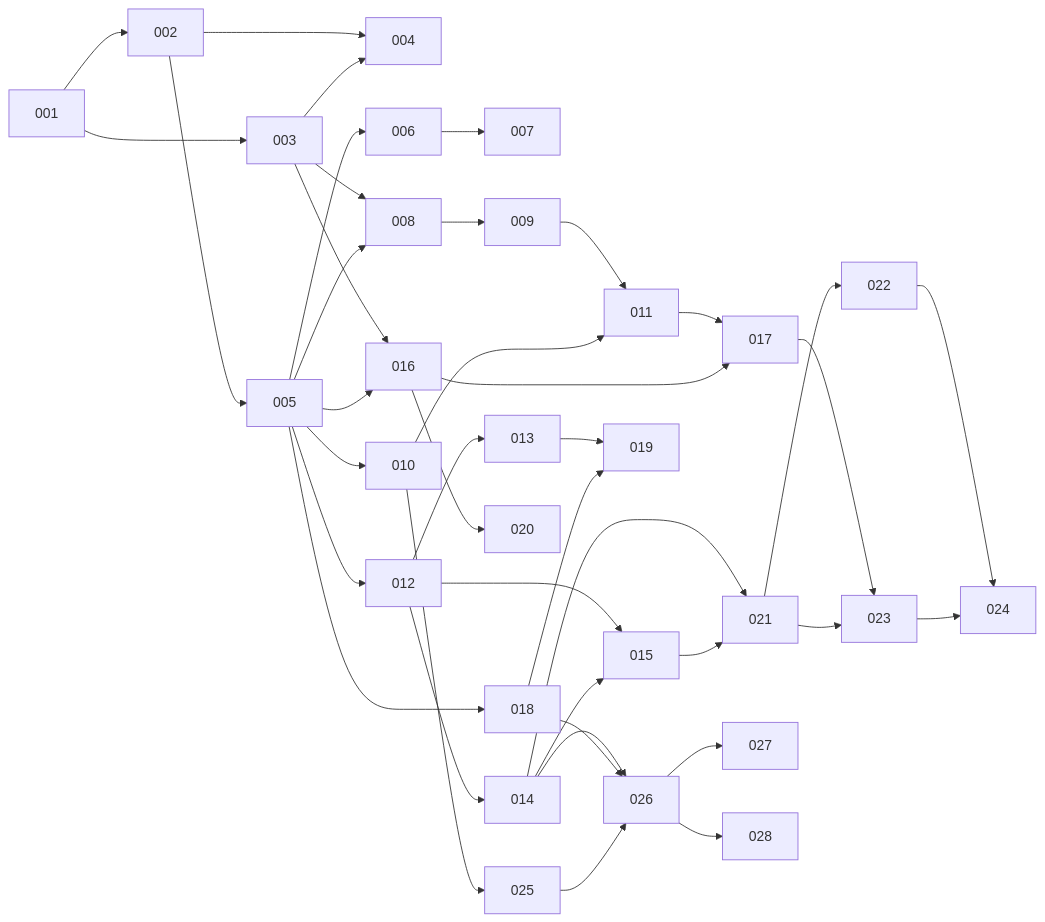
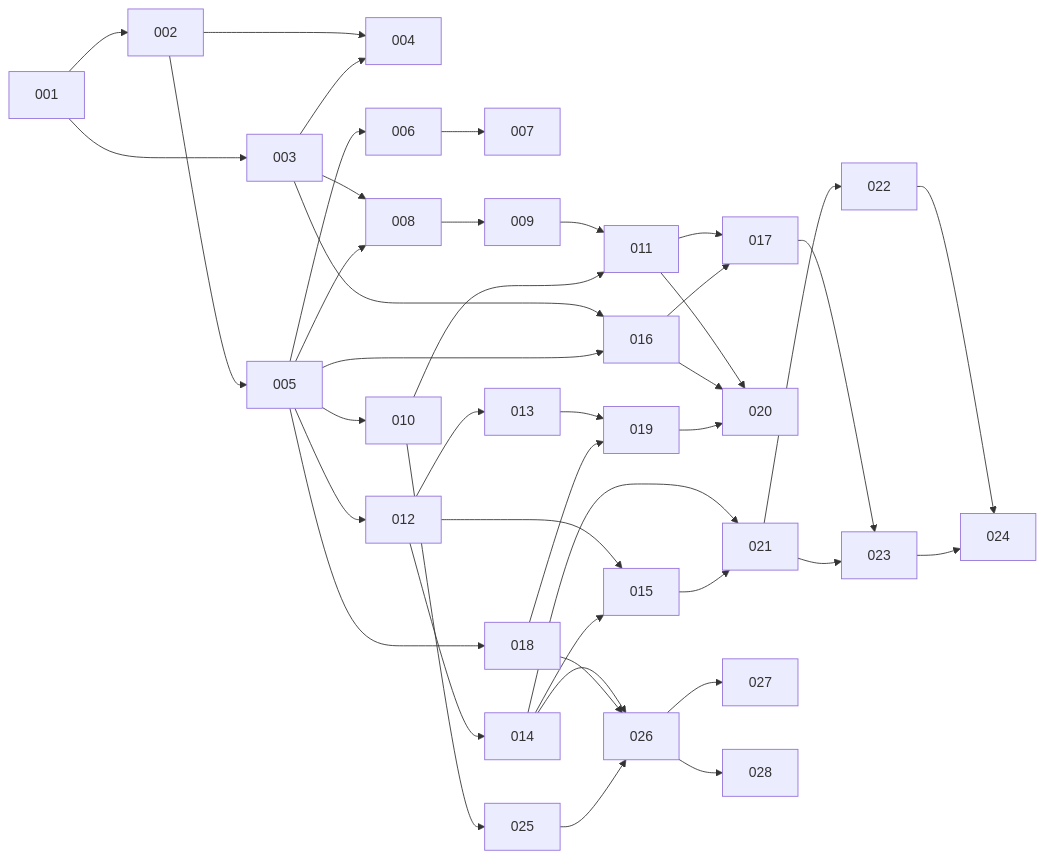
One commit to stevenpickles/straticate changed the diagram in ROADMAP.md. Above: the diagram before and after it, drawn with Mermaid. The commit also changed other lines of this file and 7 other files, not shown here.

````diff
--- a/ROADMAP.md
+++ b/ROADMAP.md
@@ -118,24 +118,24 @@
 ```mermaid
 graph LR
   001 --> 002 & 003
   002 & 003 --> 004
   002 --> 005
   005 --> 006 --> 007
   003 & 005 --> 008 --> 009
   005 --> 010
   009 & 010 --> 011
   005 --> 012 --> 013
   012 --> 014
   012 & 014 --> 015
   003 & 005 --> 016
   011 & 016 --> 017
   005 --> 018
   013 & 018 --> 019
-  016 --> 020
+  011 & 016 & 019 --> 020
   014 & 015 --> 021 --> 022
   017 & 021 --> 023
   022 & 023 --> 024
   010 --> 025
   014 & 018 & 025 --> 026
   026 --> 027 & 028
 ```
````
